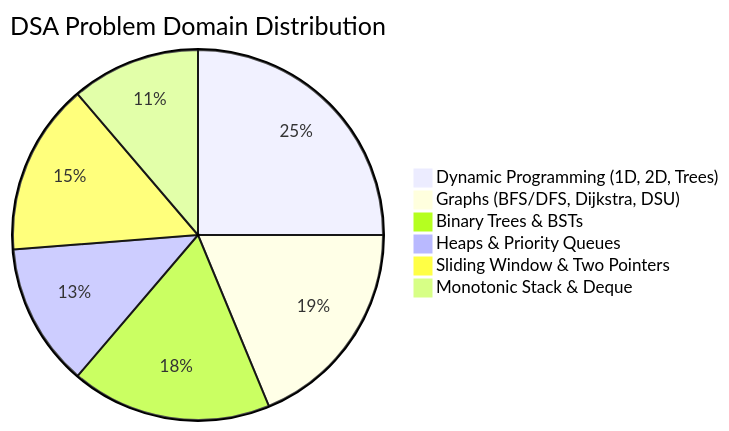
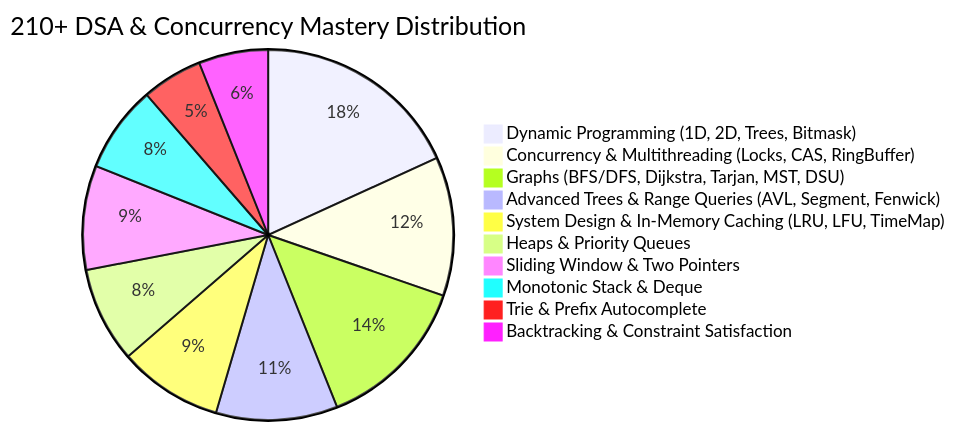
One commit to KUSHALMN/GenAI-Engineer-Roadmap changed the third of 3 diagrams in README.md. Above: the diagram before and after it, drawn with Mermaid. The commit also changed other lines of this file, not shown here.

Commit message:
docs: update root README with complete Months 01-05 roadmap and metrics

````diff
--- a/README.md
+++ b/README.md
@@ -209,9 +306,13 @@
 ```mermaid
-pie title DSA Problem Domain Distribution
-    "Dynamic Programming (1D, 2D, Trees)" : 20
-    "Graphs (BFS/DFS, Dijkstra, DSU)" : 15
-    "Binary Trees & BSTs" : 14
-    "Heaps & Priority Queues" : 10
+pie title 210+ DSA & Concurrency Mastery Distribution
+    "Dynamic Programming (1D, 2D, Trees, Bitmask)" : 24
+    "Concurrency & Multithreading (Locks, CAS, RingBuffer)" : 16
+    "Graphs (BFS/DFS, Dijkstra, Tarjan, MST, DSU)" : 18
+    "Advanced Trees & Range Queries (AVL, Segment, Fenwick)" : 14
+    "System Design & In-Memory Caching (LRU, LFU, TimeMap)" : 12
+    "Heaps & Priority Queues" : 11
     "Sliding Window & Two Pointers" : 12
-    "Monotonic Stack & Deque" : 9
+    "Monotonic Stack & Deque" : 10
+    "Trie & Prefix Autocomplete" : 7
+    "Backtracking & Constraint Satisfaction" : 8
 ```
````
